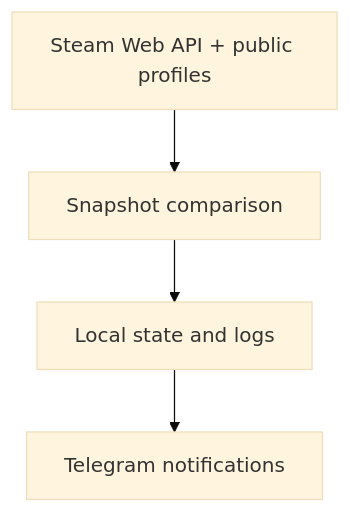
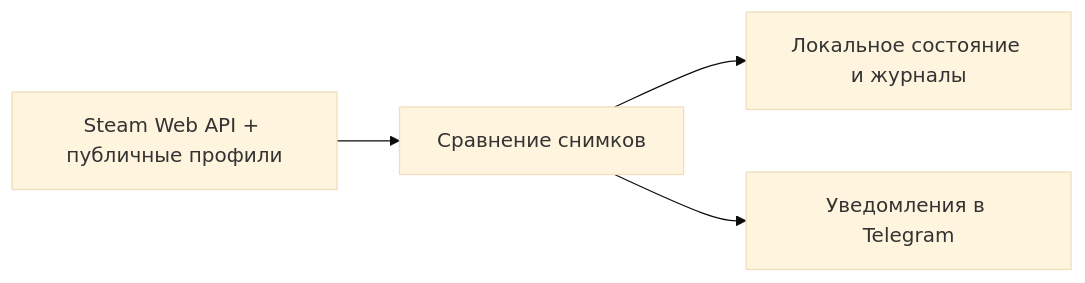
The diagram in README.md (soroka01/Steam-Profile-Monitor), drawn with Mermaid (base theme) before and after one commit. The commit also changed other lines of this file and 1 other file, not shown here.

````diff
--- a/README.md
+++ b/README.md
@@ -72,6 +32,6 @@
 ```mermaid
-flowchart TD
-    A["Steam Web API + public profiles"] --> B["Snapshot comparison"]
-    B["Snapshot comparison"] --> C["Local state and logs"]
-    C["Local state and logs"] --> D["Telegram notifications"]
+flowchart LR
+    A["Steam Web API + публичные профили"] --> B["Сравнение снимков"]
+    B --> C["Локальное состояние и журналы"]
+    B --> D["Уведомления в Telegram"]
 ```
````
